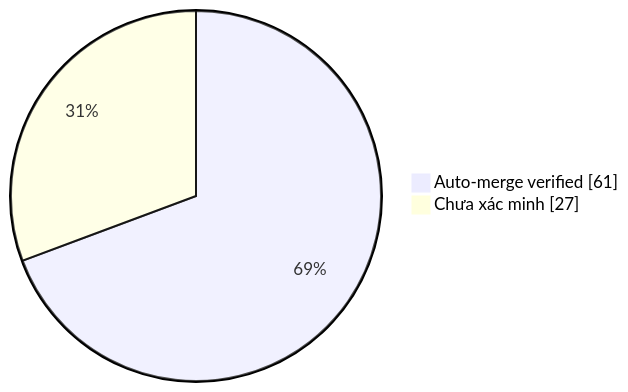
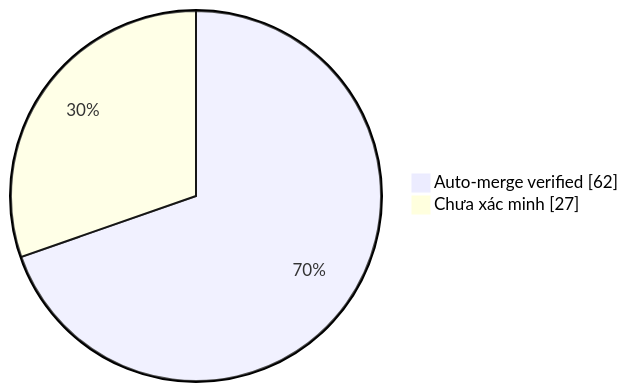
One commit to duykhang68/tetdinhmuiblog changed the diagram in collector.md. Above: the diagram before and after it, drawn with Mermaid. The commit also changed other lines of this file and 1 other file, not shown here.

Commit message:
docs(collector): update auto-merge evidence dashboard

````diff
--- a/collector.md
+++ b/collector.md
@@ -22,5 +22,5 @@
 ```mermaid
 pie showData
-    "Auto-merge verified" : 61
+    "Auto-merge verified" : 62
     "Chưa xác minh" : 27
 ```
````
